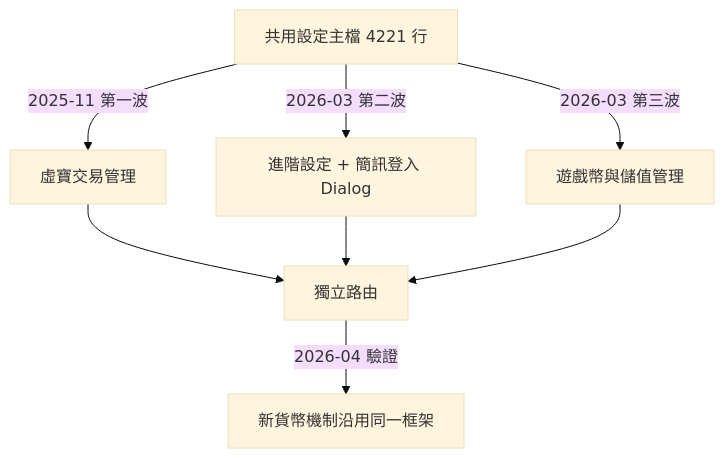
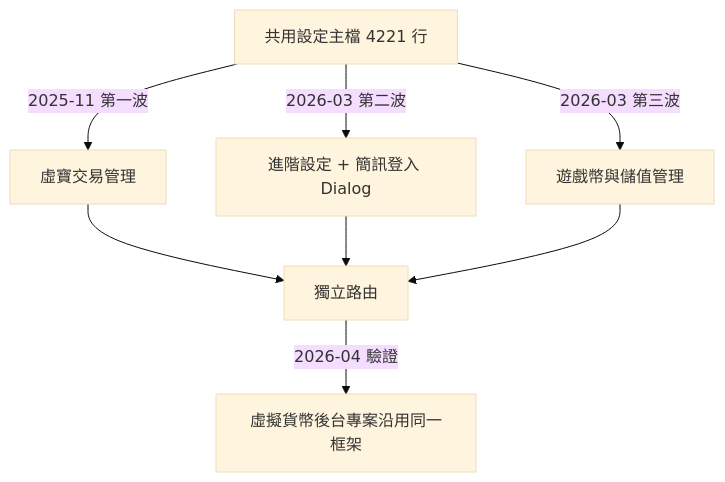
One commit to leemengju/leemengju.github.io changed the diagram in src/content/projects/commonset-modularization.md. Above: the diagram before and after it, drawn with Mermaid (base theme). The commit also changed other lines of this file and 13 other files, not shown here.

````diff
--- a/src/content/projects/commonset-modularization.md
+++ b/src/content/projects/commonset-modularization.md
@@ -64,10 +64,10 @@
 ```mermaid
 graph TD
   A[共用設定主檔 4221 行] -->|2025-11 第一波| B[虛寶交易管理]
   A -->|2026-03 第二波| C[進階設定 + 簡訊登入 Dialog]
   A -->|2026-03 第三波| D[遊戲幣與儲值管理]
   B --> E[獨立路由]
   C --> E
   D --> E
-  E -->|2026-04 驗證| F[新貨幣機制沿用同一框架]
+  E -->|2026-04 驗證| F[虛擬貨幣後台專案沿用同一框架]
 ```
````
